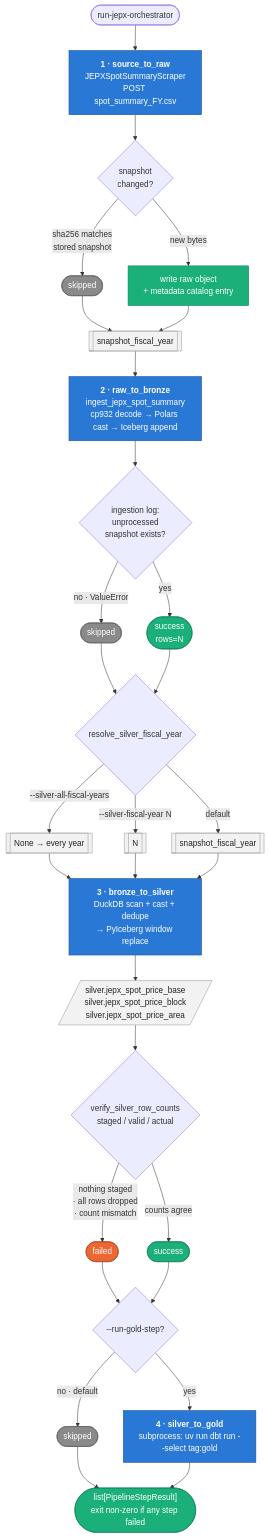
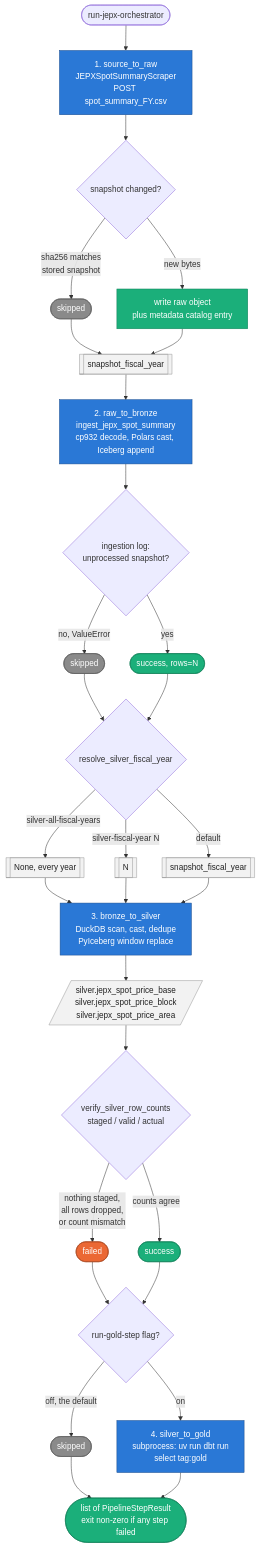
One commit to KeitaMasui1119/data-lab changed the first of 2 diagrams in docs/architecture/pl_jepx_spot_price_design.md. Above: the diagram before and after it, drawn with Mermaid. The commit also changed other lines of this file, not shown here.

First paragraph of the commit message:
fix(docs): make the JEPX mermaid diagrams survive naive extraction (#103)
Reported as "No diagram type detected matching given configuration", with the
quoted text starting at SCRAPE[...] and carrying no indentation -- the
flowchart TD header was gone before the parser saw it.

````diff
--- a/docs/architecture/pl_jepx_spot_price_design.md
+++ b/docs/architecture/pl_jepx_spot_price_design.md
@@ -19,59 +19,46 @@
 ```mermaid
 flowchart TD
-    START(["run-jepx-orchestrator"]) --> SCRAPE
-
-    SCRAPE["<b>1 · source_to_raw</b><br/>JEPXSpotSummaryScraper<br/>POST spot_summary_FY.csv"]
-    SCRAPE --> CHANGED{"snapshot<br/>changed?"}
-    CHANGED -- "sha256 matches<br/>stored snapshot" --> RAWSKIP(["skipped"])
-    CHANGED -- "new bytes" --> RAWOK["write raw object<br/>+ metadata catalog entry"]
-
-    RAWSKIP --> FY[["snapshot_fiscal_year"]]
-    RAWOK --> FY
-
-    FY --> BRONZE["<b>2 · raw_to_bronze</b><br/>ingest_jepx_spot_summary<br/>cp932 decode → Polars cast → Iceberg append"]
-    BRONZE --> DEDUP{"ingestion log:<br/>unprocessed<br/>snapshot exists?"}
-    DEDUP -- "no · ValueError" --> BRSKIP(["skipped"])
-    DEDUP -- "yes" --> BROK(["success<br/>rows=N"])
-
-    BRSKIP --> SCOPE
-    BROK --> SCOPE
-
-    SCOPE{"resolve_silver_fiscal_year"}
-    SCOPE -- "--silver-all-fiscal-years" --> SCOPEALL[["None → every year"]]
-    SCOPE -- "--silver-fiscal-year N" --> SCOPEN[["N"]]
-    SCOPE -- "default" --> SCOPEDEF[["snapshot_fiscal_year"]]
-
-    SCOPEALL --> SILVER
-    SCOPEN --> SILVER
-    SCOPEDEF --> SILVER
-
-    SILVER["<b>3 · bronze_to_silver</b><br/>DuckDB scan + cast + dedupe<br/>→ PyIceberg window replace"]
-    SILVER --> TABLES[/"silver.jepx_spot_price_base<br/>silver.jepx_spot_price_block<br/>silver.jepx_spot_price_area"/]
-    TABLES --> VERIFY{"verify_silver_row_counts<br/>staged / valid / actual"}
-    VERIFY -- "nothing staged<br/>· all rows dropped<br/>· count mismatch" --> SFAIL(["failed"])
-    VERIFY -- "counts agree" --> SOK(["success"])
-
-    SFAIL --> GOLD
-    SOK --> GOLD
-
-    GOLD{"--run-gold-step?"}
-    GOLD -- "no · default" --> GSKIP(["skipped"])
-    GOLD -- "yes" --> DBT["<b>4 · silver_to_gold</b><br/>subprocess: uv run dbt run --select tag:gold"]
-
-    GSKIP --> DONE
-    DBT --> DONE
-
-    DONE(["list#91;PipelineStepResult#93;<br/>exit non-zero if any step failed"])
-
-    classDef step fill:#2a78d6,stroke:#1a4d8f,color:#fff
-    classDef ok fill:#1baf7a,stroke:#12805a,color:#fff
-    classDef skip fill:#8a8a8a,stroke:#5c5c5c,color:#fff
-    classDef bad fill:#eb6834,stroke:#a8461f,color:#fff
-    classDef data fill:#f2f2f2,stroke:#999,color:#222
-
-    class SCRAPE,BRONZE,SILVER,DBT step
-    class RAWOK,BROK,SOK,DONE ok
-    class RAWSKIP,BRSKIP,GSKIP skip
-    class SFAIL bad
-    class FY,SCOPEALL,SCOPEN,SCOPEDEF,TABLES data
+START(["run-jepx-orchestrator"]) --> SCRAPE
+SCRAPE["1. source_to_raw<br/>JEPXSpotSummaryScraper<br/>POST spot_summary_FY.csv"]
+SCRAPE --> CHANGED{"snapshot changed?"}
+CHANGED -->|"sha256 matches<br/>stored snapshot"| RAWSKIP(["skipped"])
+CHANGED -->|"new bytes"| RAWOK["write raw object<br/>plus metadata catalog entry"]
+RAWSKIP --> FY[["snapshot_fiscal_year"]]
+RAWOK --> FY
+FY --> BRONZE["2. raw_to_bronze<br/>ingest_jepx_spot_summary<br/>cp932 decode, Polars cast, Iceberg append"]
+BRONZE --> DEDUP{"ingestion log:<br/>unprocessed snapshot?"}
+DEDUP -->|"no, ValueError"| BRSKIP(["skipped"])
+DEDUP -->|"yes"| BROK(["success, rows=N"])
+BRSKIP --> SCOPE
+BROK --> SCOPE
+SCOPE{"resolve_silver_fiscal_year"}
+SCOPE -->|"silver-all-fiscal-years"| SCOPEALL[["None, every year"]]
+SCOPE -->|"silver-fiscal-year N"| SCOPEN[["N"]]
+SCOPE -->|"default"| SCOPEDEF[["snapshot_fiscal_year"]]
+SCOPEALL --> SILVER
+SCOPEN --> SILVER
+SCOPEDEF --> SILVER
+SILVER["3. bronze_to_silver<br/>DuckDB scan, cast, dedupe<br/>PyIceberg window replace"]
+SILVER --> TABLES[/"silver.jepx_spot_price_base<br/>silver.jepx_spot_price_block<br/>silver.jepx_spot_price_area"/]
+TABLES --> VERIFY{"verify_silver_row_counts<br/>staged / valid / actual"}
+VERIFY -->|"nothing staged,<br/>all rows dropped,<br/>or count mismatch"| SFAIL(["failed"])
+VERIFY -->|"counts agree"| SOK(["success"])
+SFAIL --> GOLD
+SOK --> GOLD
+GOLD{"run-gold-step flag?"}
+GOLD -->|"off, the default"| GSKIP(["skipped"])
+GOLD -->|"on"| DBT["4. silver_to_gold<br/>subprocess: uv run dbt run<br/>select tag:gold"]
+GSKIP --> DONE
+DBT --> DONE
+DONE(["list of PipelineStepResult<br/>exit non-zero if any step failed"])
+classDef step fill:#2a78d6,stroke:#1a4d8f,color:#ffffff
+classDef ok fill:#1baf7a,stroke:#12805a,color:#ffffff
+classDef skip fill:#8a8a8a,stroke:#5c5c5c,color:#ffffff
+classDef bad fill:#eb6834,stroke:#a8461f,color:#ffffff
+classDef data fill:#f2f2f2,stroke:#999999,color:#222222
+class SCRAPE,BRONZE,SILVER,DBT step
+class RAWOK,BROK,SOK,DONE ok
+class RAWSKIP,BRSKIP,GSKIP skip
+class SFAIL bad
+class FY,SCOPEALL,SCOPEN,SCOPEDEF,TABLES data
 ```
````
